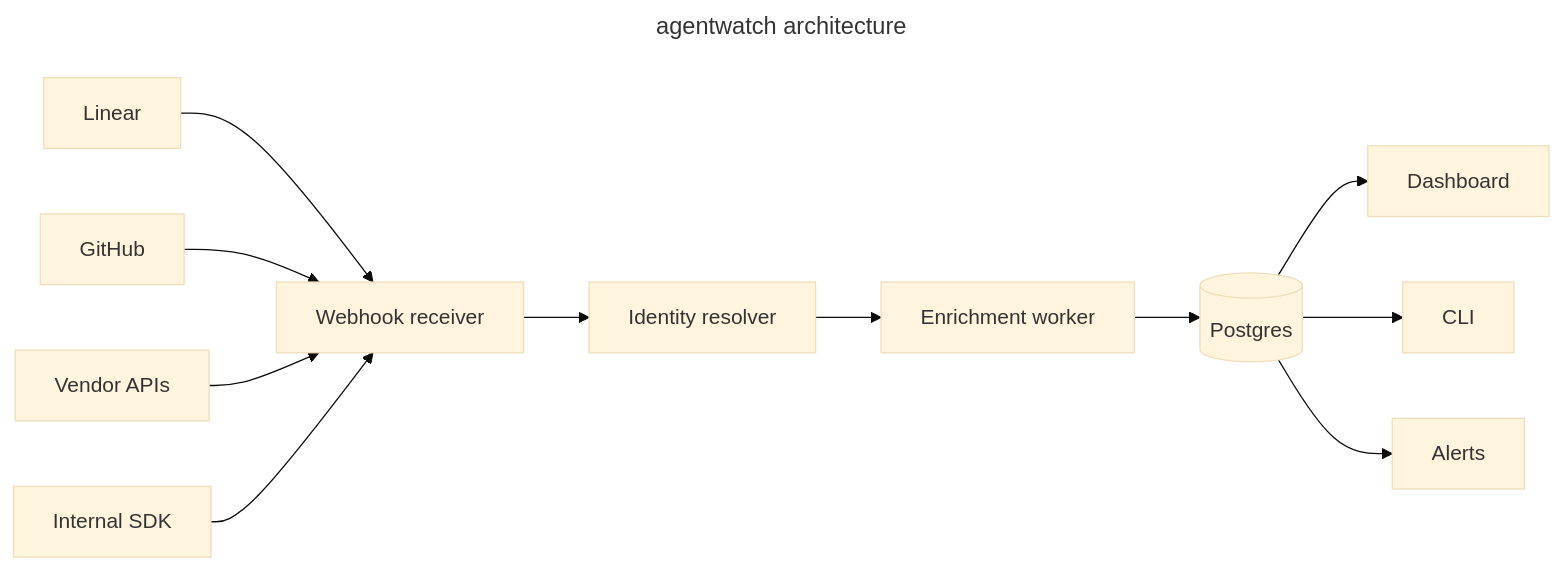
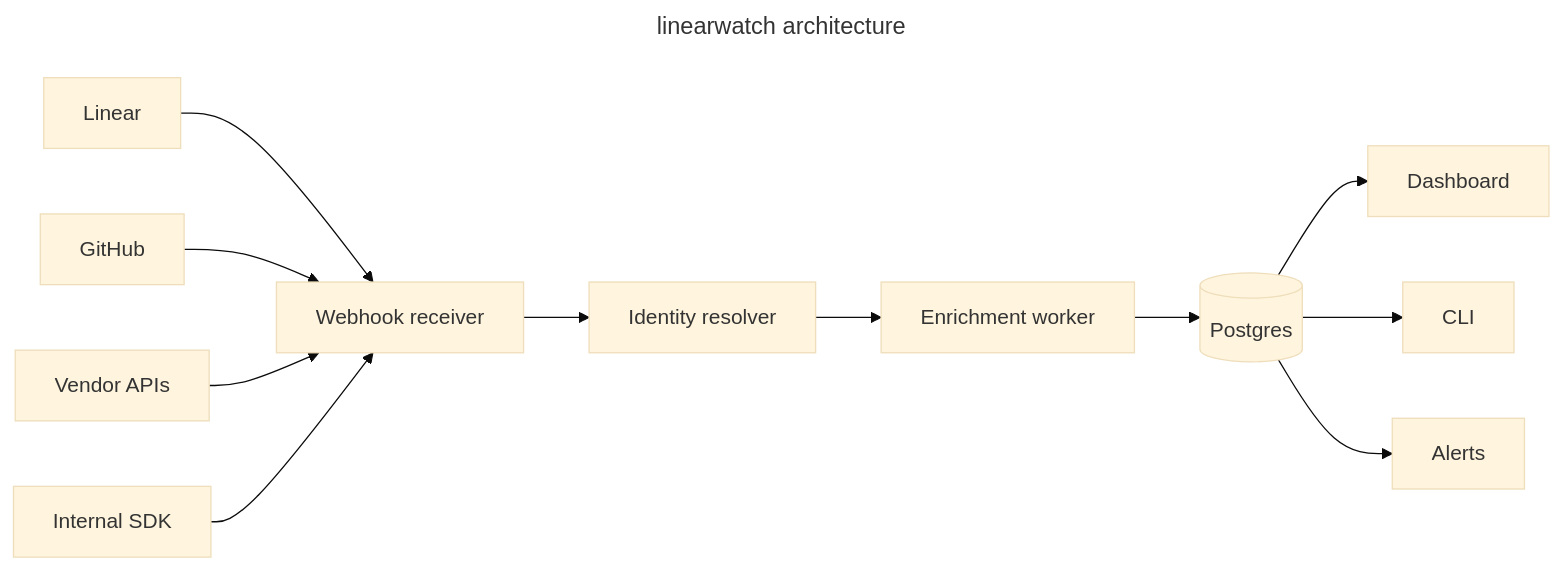
The diagram in README.md (ConsultingFuture4200/LinearWatch), drawn with Mermaid (base theme) before and after one commit. The commit also changed other lines of this file and 108 other files, not shown here.

````diff
--- a/README.md
+++ b/README.md
@@ -43,16 +43,16 @@
 ```mermaid
 ---
-title: agentwatch architecture
+title: linearwatch architecture
 ---
 flowchart LR
     L[Linear] --> R[Webhook receiver]
     G[GitHub] --> R
     V[Vendor APIs] --> R
     S[Internal SDK] --> R
     R --> I[Identity resolver]
     I --> E[Enrichment worker]
     E --> P[(Postgres)]
     P --> D[Dashboard]
     P --> C[CLI]
     P --> A[Alerts]
 ```
````
